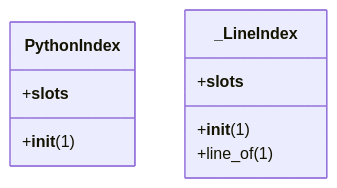
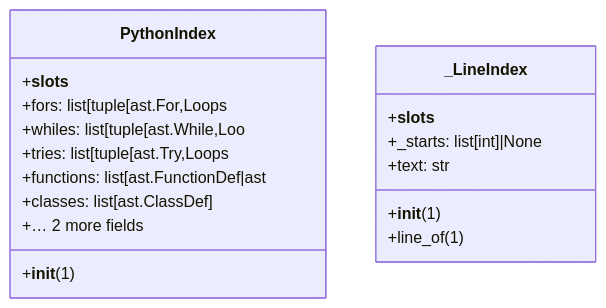
The third of 3 diagrams in ARCHITECTURE.md (fabiocicerchia/greenlint), drawn with Mermaid before and after one commit. The commit also changed other lines of this file and 1 other file, not shown here.

First line of the commit message:
docs: regenerate ARCHITECTURE.md for the package layout (#119)

````diff
--- a/ARCHITECTURE.md
+++ b/ARCHITECTURE.md
@@ -441,12 +453,20 @@
 ```mermaid
 classDiagram
   class PythonIndex {
     +__slots__
+    +fors: list[tuple[ast.For,Loops
+    +whiles: list[tuple[ast.While,Loo
+    +tries: list[tuple[ast.Try,Loops
+    +functions: list[ast.FunctionDef|ast
+    +classes: list[ast.ClassDef]
+    +… 2 more fields
     +__init__(1)
   }
   class _LineIndex {
     +__slots__
+    +_starts: list[int]|None
+    +text: str
     +__init__(1)
     +line_of(1)
   }
 ```
````
